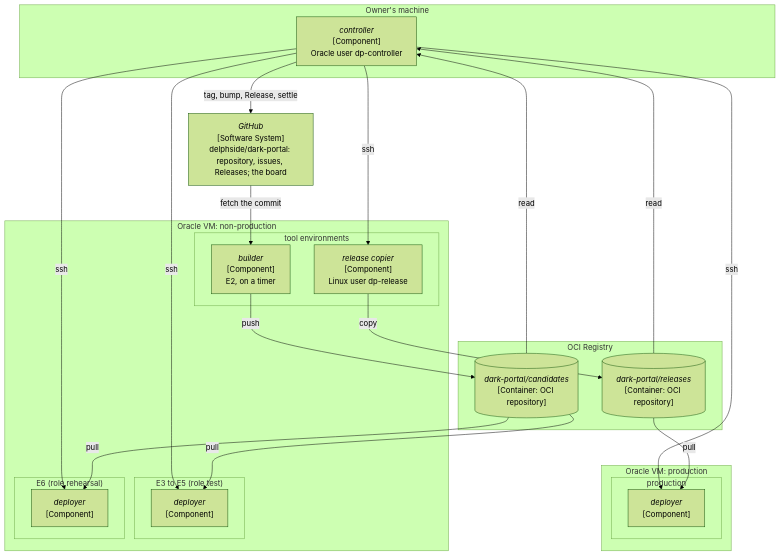
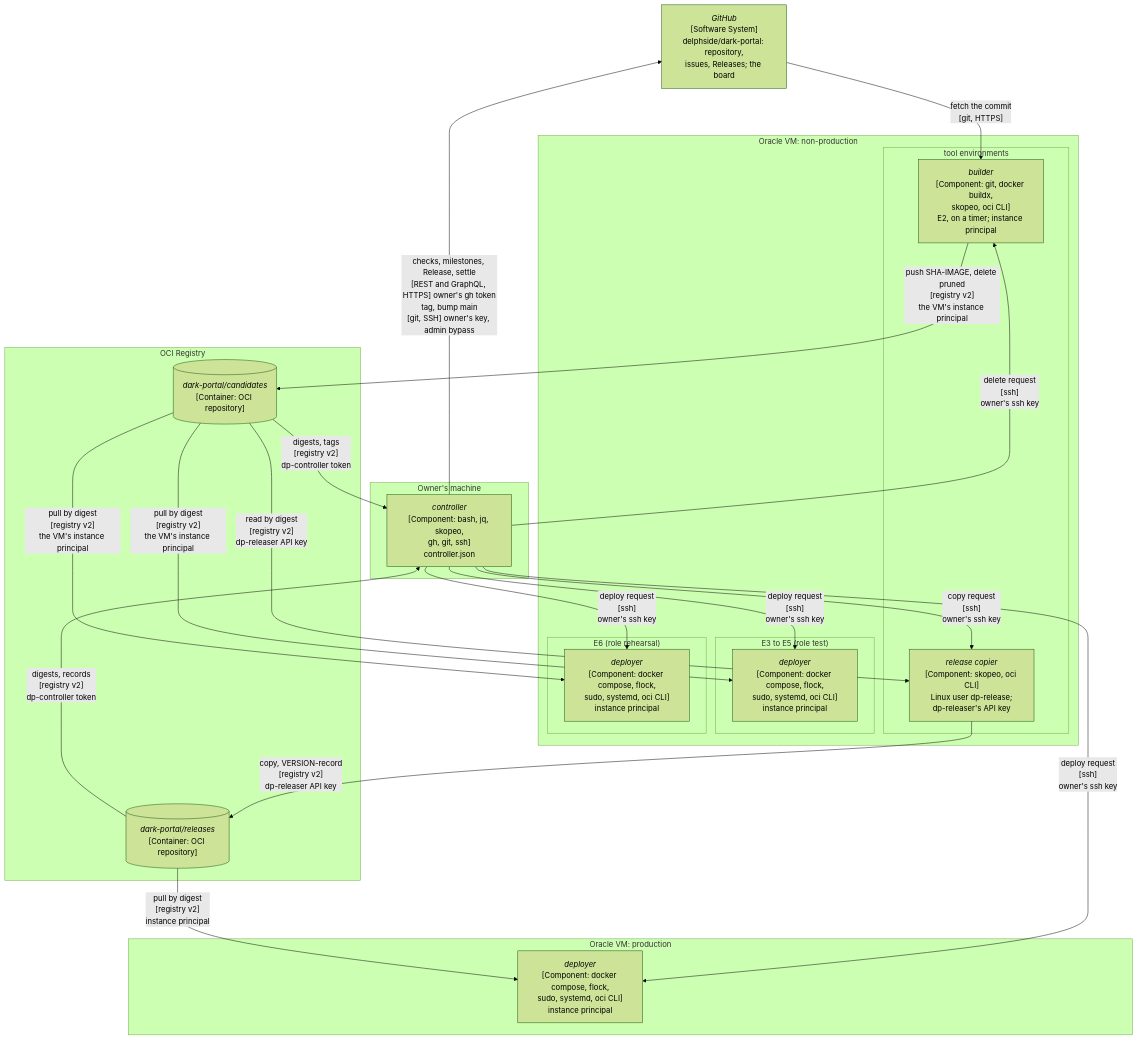
One commit to delphside/programme changed the fourth of 5 diagrams in records/2.5-changes/programme-tooling/117-generic-deliver-tool/design.md. Above: the diagram before and after it, drawn with Mermaid (forest theme). The commit also changed other lines of this file, not shown here.

````diff
--- a/records/2.5-changes/programme-tooling/117-generic-deliver-tool/design.md
+++ b/records/2.5-changes/programme-tooling/117-generic-deliver-tool/design.md
@@ -214,41 +221,41 @@
 ```mermaid
 flowchart TB
+  GH["<i>GitHub</i><br>[Software System]<br>delphside/dark-portal: repository,<br>issues, Releases; the board"]
   subgraph OWNER["Owner's machine"]
-    CTL["<i>controller</i><br>[Component]<br>Oracle user dp-controller"]
-  end
-  subgraph NONPROD["Oracle VM: non-production"]
-    subgraph TOOLS["tool environments"]
-      BLD["<i>builder</i><br>[Component]<br>E2, on a timer"]
-      COPY["<i>release copier</i><br>[Component]<br>Linux user dp-release"]
-    end
-    subgraph TEST["E3 to E5 (role test)"]
-      DEPT["<i>deployer</i><br>[Component]"]
-    end
-    subgraph REH["E6 (role rehearsal)"]
-      DEPR["<i>deployer</i><br>[Component]"]
-    end
-  end
-  subgraph PRODVM["Oracle VM: production"]
-    subgraph PROD["production"]
-      DEPX["<i>deployer</i><br>[Component]"]
-    end
+    CTL["<i>controller</i><br>[Component: bash, jq, skopeo,<br>gh, git, ssh]<br>controller.json"]
   end
   subgraph OCIR["OCI Registry"]
     CAND[("<i>dark-portal/candidates</i><br>[Container: OCI repository]")]
     REL[("<i>dark-portal/releases</i><br>[Container: OCI repository]")]
   end
-  GH["<i>GitHub</i><br>[Software System]<br>delphside/dark-portal: repository, issues, Releases; the board"]
-  GH -->|"fetch the commit"| BLD
-  CTL -->|"tag, bump, Release, settle"| GH
-  BLD -->|push| CAND
-  CAND -->|read| CTL
-  REL -->|read| CTL
-  CTL -->|ssh| COPY
-  COPY -->|copy| REL
-  CTL -->|ssh| DEPT
-  CTL -->|ssh| DEPR
-  CTL -->|ssh| DEPX
-  CAND -->|pull| DEPT
-  CAND -->|pull| DEPR
-  REL -->|pull| DEPX
+  subgraph NONPROD["Oracle VM: non-production"]
+    subgraph TOOLS["tool environments"]
+      BLD["<i>builder</i><br>[Component: git, docker buildx,<br>skopeo, oci CLI]<br>E2, on a timer; instance principal"]
+      COPY["<i>release copier</i><br>[Component: skopeo, oci CLI]<br>Linux user dp-release;<br>dp-releaser's API key"]
+    end
+    subgraph TEST["E3 to E5 (role test)"]
+      DEPT["<i>deployer</i><br>[Component: docker compose, flock,<br>sudo, systemd, oci CLI]<br>instance principal"]
+    end
+    subgraph REH["E6 (role rehearsal)"]
+      DEPR["<i>deployer</i><br>[Component: docker compose, flock,<br>sudo, systemd, oci CLI]<br>instance principal"]
+    end
+  end
+  subgraph PRODVM["Oracle VM: production"]
+    DEPX["<i>deployer</i><br>[Component: docker compose, flock,<br>sudo, systemd, oci CLI]<br>instance principal"]
+  end
+  GH -->|"fetch the commit<br>[git, HTTPS]"| BLD
+  CTL -->|"checks, milestones, Release, settle<br>[REST and GraphQL, HTTPS] owner's gh token<br>tag, bump main<br>[git, SSH] owner's key, admin bypass"| GH
+  BLD -->|"push SHA-IMAGE, delete pruned<br>[registry v2]<br>the VM's instance principal"| CAND
+  CAND -->|"digests, tags<br>[registry v2]<br>dp-controller token"| CTL
+  REL -->|"digests, records<br>[registry v2]<br>dp-controller token"| CTL
+  CTL -->|"delete request<br>[ssh]<br>owner's ssh key"| BLD
+  CTL -->|"copy request<br>[ssh]<br>owner's ssh key"| COPY
+  CAND -->|"read by digest<br>[registry v2]<br>dp-releaser API key"| COPY
+  COPY -->|"copy, VERSION-record<br>[registry v2]<br>dp-releaser API key"| REL
+  CTL -->|"deploy request<br>[ssh]<br>owner's ssh key"| DEPT
+  CTL -->|"deploy request<br>[ssh]<br>owner's ssh key"| DEPR
+  CTL -->|"deploy request<br>[ssh]<br>owner's ssh key"| DEPX
+  CAND -->|"pull by digest<br>[registry v2]<br>the VM's instance principal"| DEPT
+  CAND -->|"pull by digest<br>[registry v2]<br>the VM's instance principal"| DEPR
+  REL -->|"pull by digest<br>[registry v2]<br>instance principal"| DEPX
 ```
````
